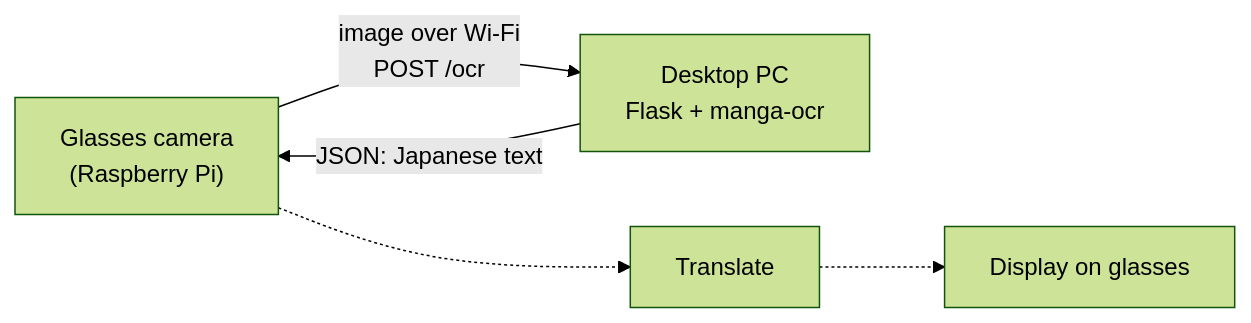
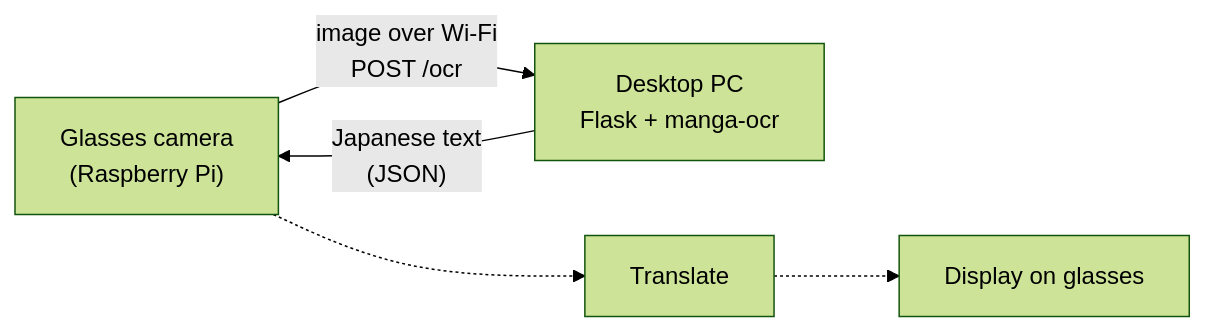
The diagram in README.md (MuffinManss/Manga-Translation), drawn with Mermaid (forest theme) before and after one commit.

Commit message:
Fix clipped label in README architecture diagram

````diff
--- a/README.md
+++ b/README.md
@@ -9,6 +9,6 @@
 ```mermaid
 flowchart LR
     A["Glasses camera<br/>(Raspberry Pi)"] -->|"image over Wi-Fi<br/>POST /ocr"| B["Desktop PC<br/>Flask + manga-ocr"]
-    B -->|"JSON: Japanese text"| A
+    B -->|"Japanese text<br/>(JSON)"| A
     A -.-> C["Translate"] -.-> D["Display on glasses"]
 ```
````
